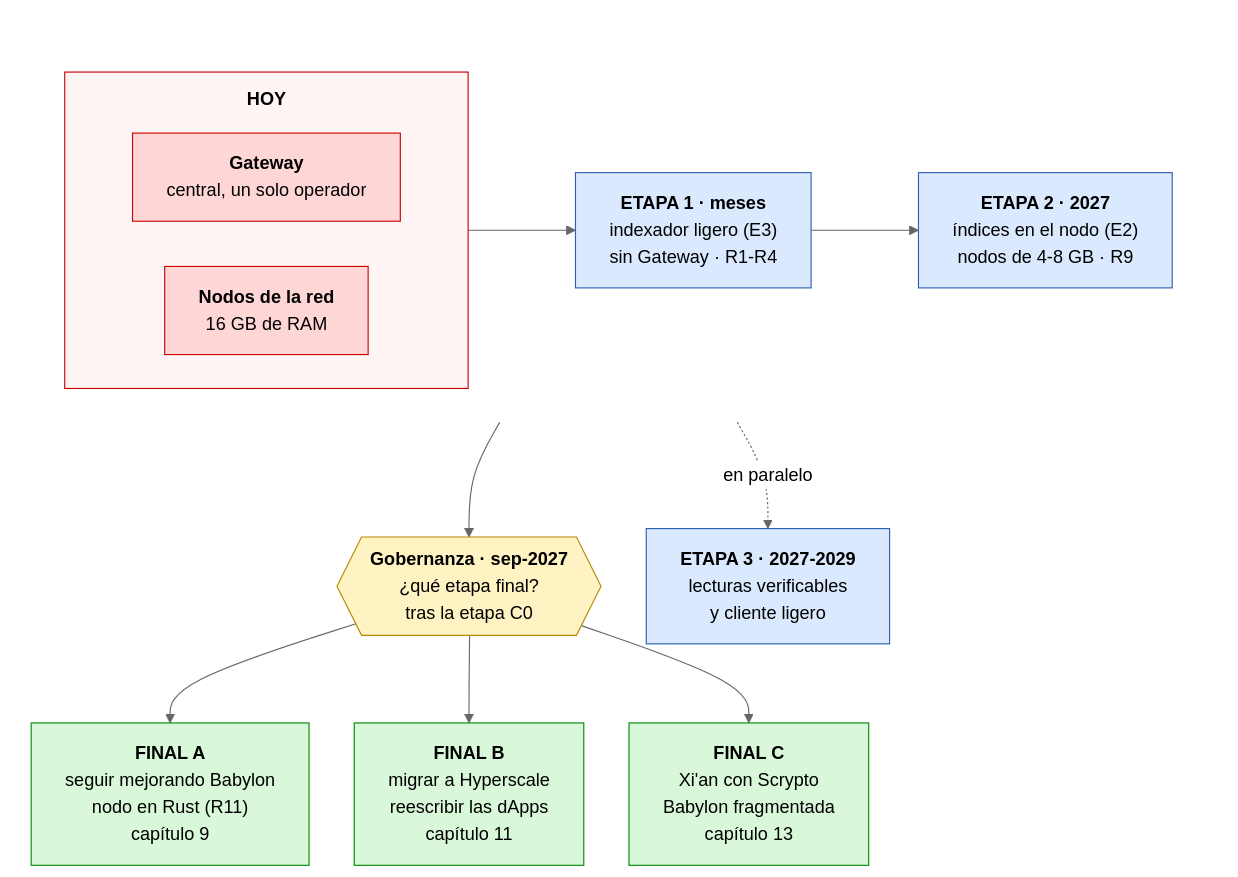
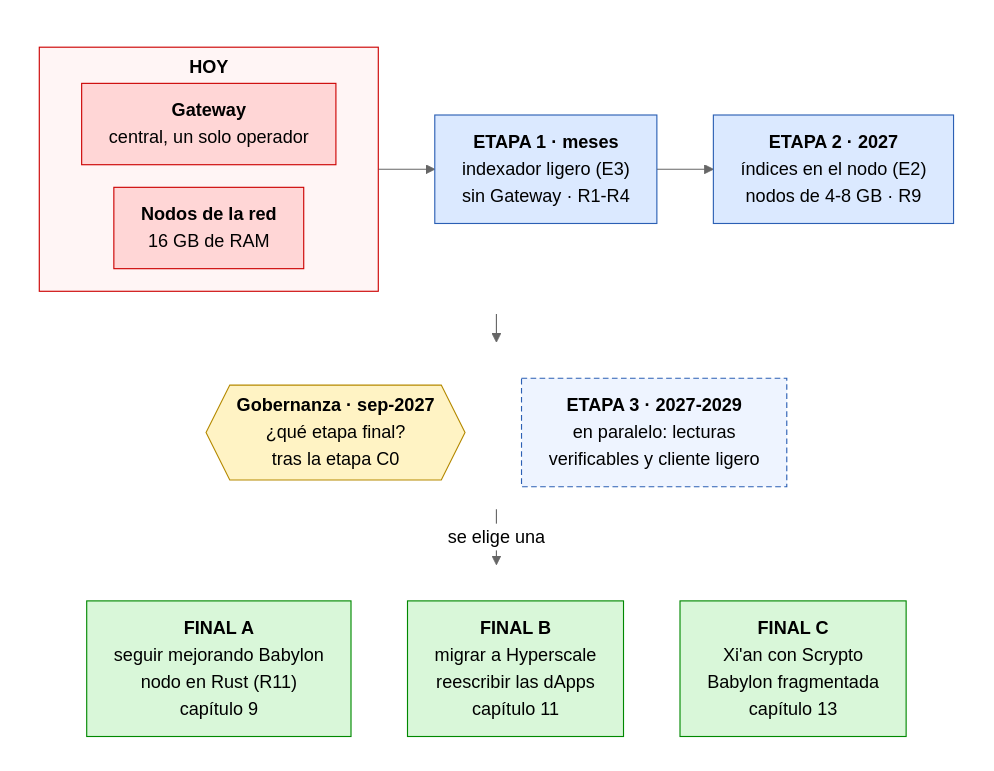
Before and after one commit to dazligth/radix-decentralization-roadmap: the fourth of 8 diagrams in README.es.md, drawn with Mermaid (neutral theme). The commit also changed 3 other files, not shown here.

Commit message:
Stages diagram: straight centred arrows and tighter spacing

````diff
--- a/README.es.md
+++ b/README.es.md
@@ -322,29 +322,36 @@
 ```mermaid
-%%{init: {"flowchart": {"rankSpacing": 70, "nodeSpacing": 40, "subGraphTitleMargin": {"top": 12, "bottom": 12}}}}%%
+%%{init: {"flowchart": {"rankSpacing": 25, "nodeSpacing": 20, "padding": 12, "subGraphTitleMargin": {"top": 6, "bottom": 6}}}}%%
 flowchart TB
     subgraph ROW1[" "]
         direction LR
         subgraph S0["<b>HOY</b>"]
             direction LR
             S0A["<b>Gateway</b><br/>central, un solo operador"]
             S0B["<b>Nodos de la red</b><br/>16 GB de RAM"]
         end
         S0 --> S1["<b>ETAPA 1 · meses</b><br/>indexador ligero (E3)<br/>sin Gateway · R1-R4"] --> S2["<b>ETAPA 2 · 2027</b><br/>índices en el nodo (E2)<br/>nodos de 4-8 GB · R9"]
     end
-    ROW1 --> D{{"<b>Gobernanza · sep-2027</b><br/>¿qué etapa final?<br/>tras la etapa C0"}}
-    ROW1 -.->|"en paralelo"| S3["<b>ETAPA 3 · 2027-2029</b><br/>lecturas verificables<br/>y cliente ligero"]
-    D --> FA["<b>FINAL A</b><br/>seguir mejorando Babylon<br/>nodo en Rust (R11)<br/>capítulo 9"]
-    D --> FB["<b>FINAL B</b><br/>migrar a Hyperscale<br/>reescribir las dApps<br/>capítulo 11"]
-    D --> FC["<b>FINAL C</b><br/>Xi'an con Scrypto<br/>Babylon fragmentada<br/>capítulo 13"]
+    subgraph ROW2[" "]
+        direction LR
+        D{{"<b>Gobernanza · sep-2027</b><br/>¿qué etapa final?<br/>tras la etapa C0"}} ~~~ S3["<b>ETAPA 3 · 2027-2029</b><br/>en paralelo: lecturas<br/>verificables y cliente ligero"]
+    end
+    subgraph ROW3[" "]
+        direction LR
+        FA["<b>FINAL A</b><br/>seguir mejorando Babylon<br/>nodo en Rust (R11)<br/>capítulo 9"] ~~~ FB["<b>FINAL B</b><br/>migrar a Hyperscale<br/>reescribir las dApps<br/>capítulo 11"] ~~~ FC["<b>FINAL C</b><br/>Xi'an con Scrypto<br/>Babylon fragmentada<br/>capítulo 13"]
+    end
+    ROW1 --> ROW2
+    ROW2 -->|"se elige una"| ROW3
     classDef today fill:#ffd6d6,stroke:#c00,color:#000
     classDef step fill:#dbe9ff,stroke:#2b5fb4,color:#000
+    classDef par fill:#eef4ff,stroke:#2b5fb4,stroke-dasharray: 5 3,color:#000
     classDef decision fill:#fff3c4,stroke:#b58900,color:#000
     classDef final fill:#d9f7d9,stroke:#080,color:#000
     classDef row fill:none,stroke:none
     class S0A,S0B today
     style S0 fill:#fff5f5,stroke:#c00,color:#000
-    class S1,S2,S3 step
+    class S1,S2 step
+    class S3 par
     class D decision
     class FA,FB,FC final
-    class ROW1 row
+    class ROW1,ROW2,ROW3 row
 ```
````
